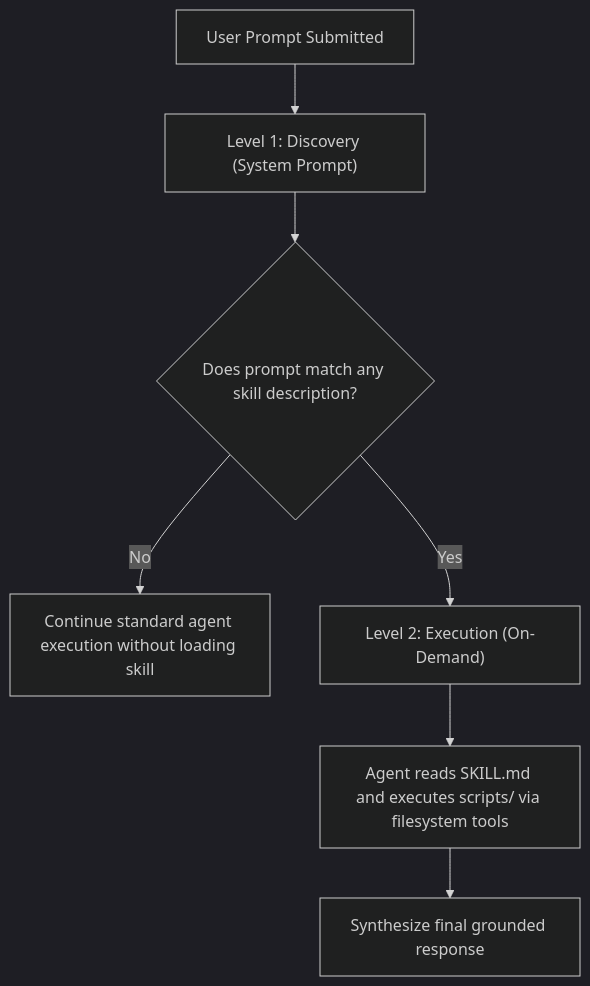
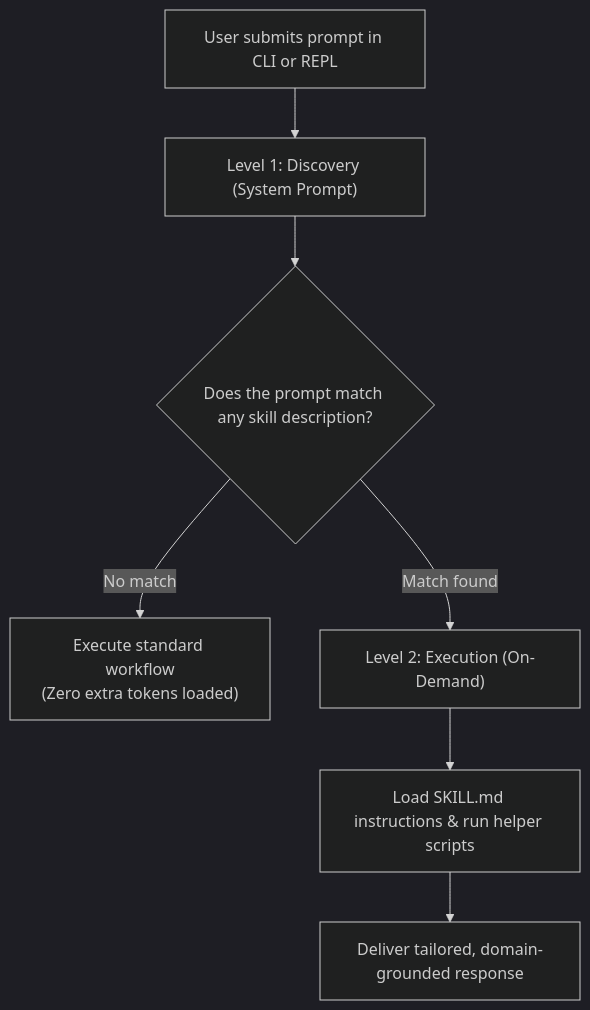
The diagram in docs/skills.md (arrase/ollama-agent), drawn with Mermaid (dark theme) before and after one commit. The commit also changed other lines of this file and 10 other files, not shown here.

````diff
--- a/docs/skills.md
+++ b/docs/skills.md
@@ -13,9 +42,9 @@
 ```mermaid
 flowchart TD
-    A["User Prompt Submitted"] --> B["Level 1: Discovery (System Prompt)"]
-    B --> C{"Does prompt match any skill description?"}
-    C -- No --> D["Continue standard agent execution without loading skill"]
-    C -- Yes --> E["Level 2: Execution (On-Demand)"]
-    E --> F["Agent reads SKILL.md and executes scripts/ via filesystem tools"]
-    F --> G["Synthesize final grounded response"]
+    A["User submits prompt in CLI or REPL"] --> B["Level 1: Discovery (System Prompt)"]
+    B --> C{"Does the prompt match any skill description?"}
+    C -- "No match" --> D["Execute standard workflow<br/>(Zero extra tokens loaded)"]
+    C -- "Match found" --> E["Level 2: Execution (On-Demand)"]
+    E --> F["Load SKILL.md instructions & run helper scripts"]
+    F --> G["Deliver tailored, domain-grounded response"]
 ```
````
